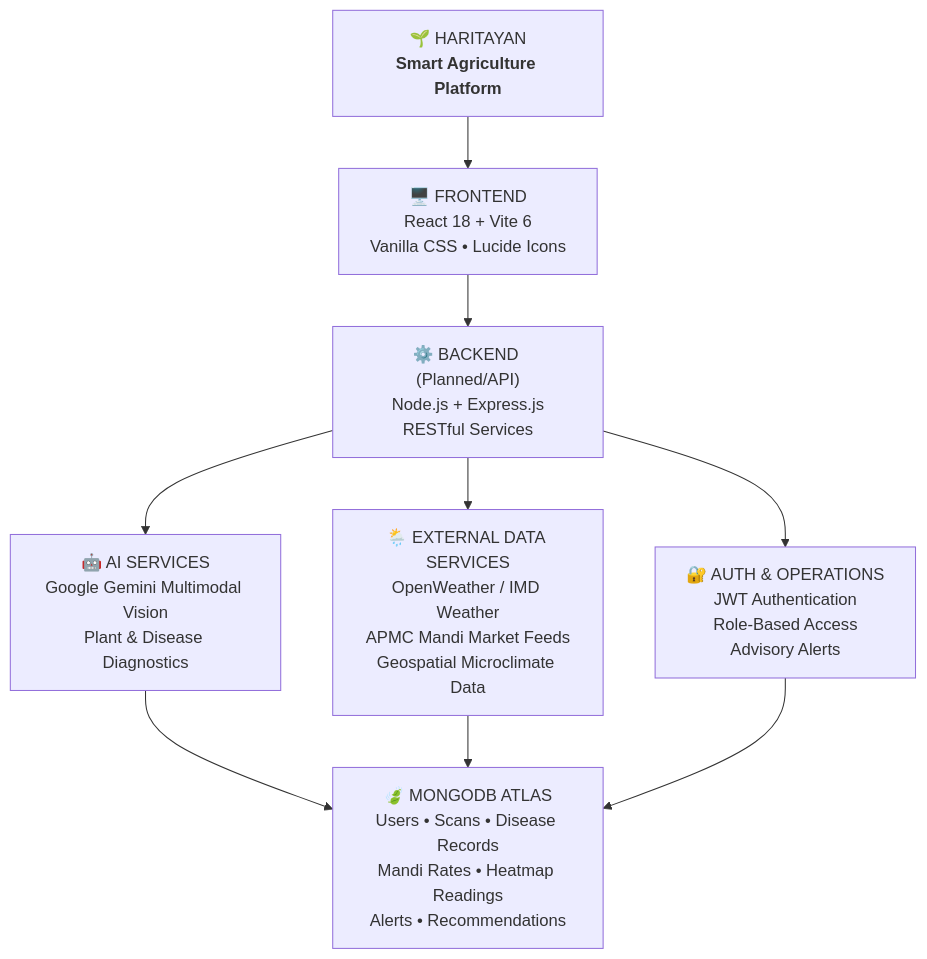
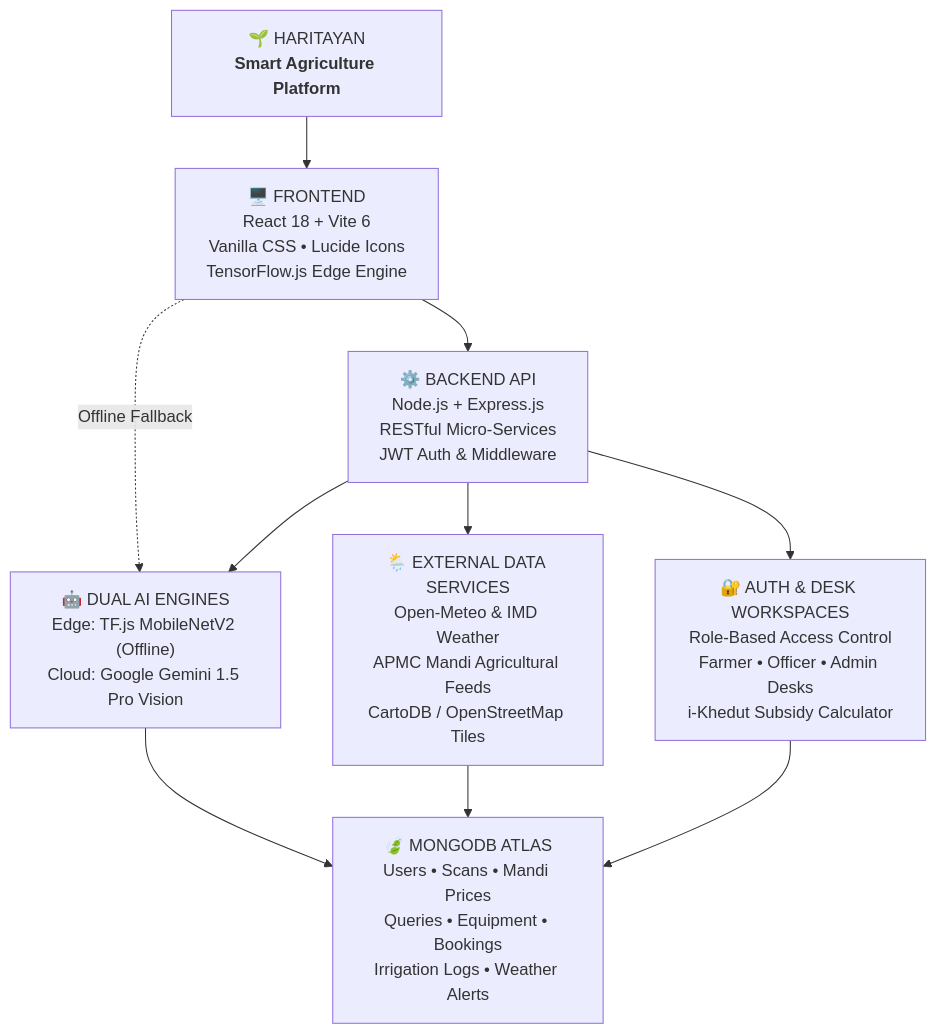
Before and after one commit to developerved2312/awt_se_project: the diagram in README.md, drawn with Mermaid. The commit also changed other lines of this file and 17 other files, not shown here.

````diff
--- a/README.md
+++ b/README.md
@@ -62,28 +68,29 @@
 ```mermaid
 flowchart TD
 
     A["🌱 HARITAYAN<br/><b>Smart Agriculture Platform</b>"]
 
-    B["🖥️ FRONTEND<br/>React 18 + Vite 6<br/>Vanilla CSS • Lucide Icons"]
+    B["🖥️ FRONTEND<br/>React 18 + Vite 6<br/>Vanilla CSS • Lucide Icons<br/>TensorFlow.js Edge Engine"]
 
-    C["⚙️ BACKEND (Planned/API)<br/>Node.js + Express.js<br/>RESTful Services"]
+    C["⚙️ BACKEND API<br/>Node.js + Express.js<br/>RESTful Micro-Services<br/>JWT Auth & Middleware"]
 
-    D["🤖 AI SERVICES<br/>Google Gemini Multimodal Vision<br/>Plant & Disease Diagnostics"]
+    D["🤖 DUAL AI ENGINES<br/>Edge: TF.js MobileNetV2 (Offline)<br/>Cloud: Google Gemini 1.5 Pro Vision"]
 
-    E["🌦️ EXTERNAL DATA SERVICES<br/>OpenWeather / IMD Weather<br/>APMC Mandi Market Feeds<br/>Geospatial Microclimate Data"]
+    E["🌦️ EXTERNAL DATA SERVICES<br/>Open-Meteo & IMD Weather<br/>APMC Mandi Agricultural Feeds<br/>CartoDB / OpenStreetMap Tiles"]
 
-    F["🔐 AUTH & OPERATIONS<br/>JWT Authentication<br/>Role-Based Access<br/>Advisory Alerts"]
+    F["🔐 AUTH & DESK WORKSPACES<br/>Role-Based Access Control<br/>Farmer • Officer • Admin Desks<br/>i-Khedut Subsidy Calculator"]
 
-    G["🍃 MONGODB ATLAS<br/>Users • Scans • Disease Records<br/>Mandi Rates • Heatmap Readings<br/>Alerts • Recommendations"]
+    G["🍃 MONGODB ATLAS<br/>Users • Scans • Mandi Prices<br/>Queries • Equipment • Bookings<br/>Irrigation Logs • Weather Alerts"]
 
     A --> B
     B --> C
 
+    B -. Offline Fallback .-> D
     C --> D
     C --> E
     C --> F
 
     D --> G
     E --> G
     F --> G
 ```
````
